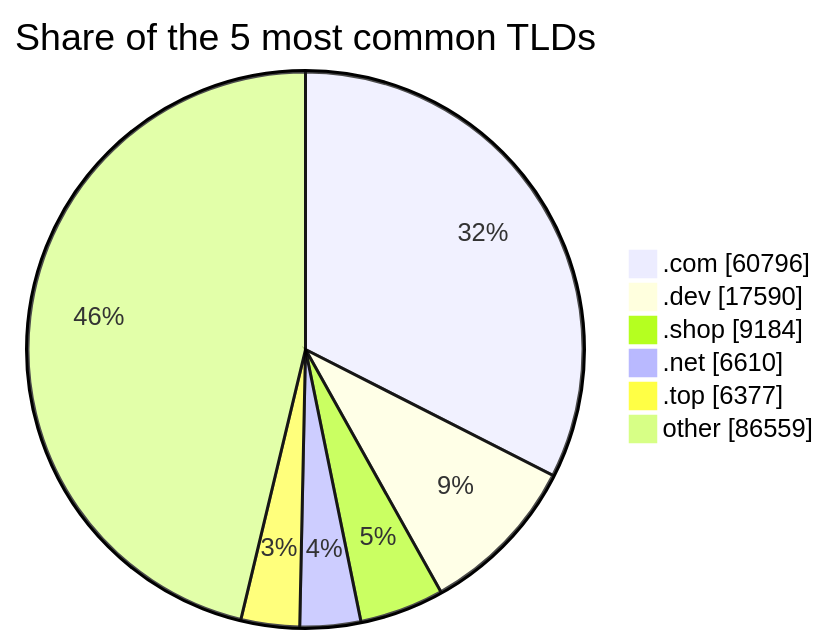
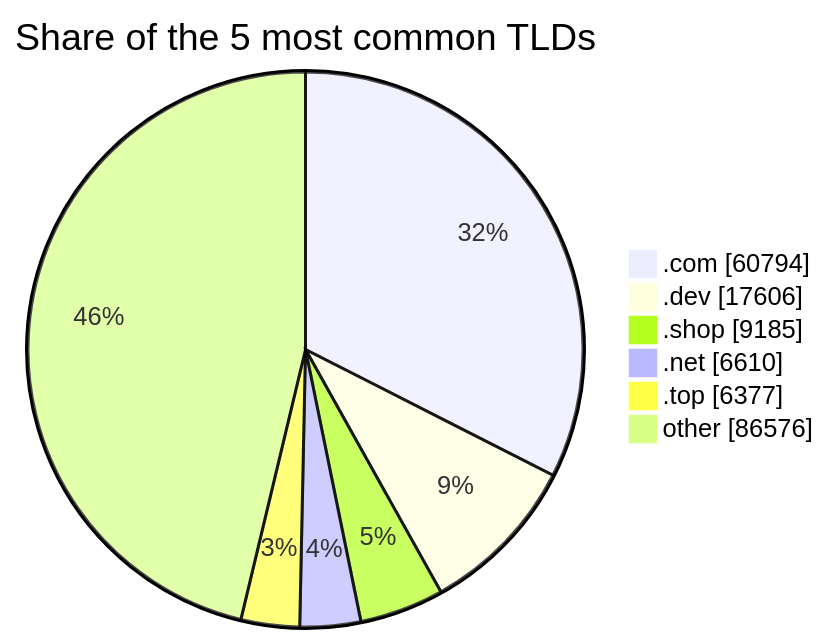
One commit to DNSBunker/CTI changed the third of 3 diagrams in README.md. Above: the diagram before and after it, drawn with Mermaid. The commit also changed other lines of this file and 3 other files, not shown here.

````diff
--- a/README.md
+++ b/README.md
@@ -81,9 +81,9 @@
 ```mermaid
 pie showData title Share of the 5 most common TLDs
-    ".com" : 60796
-    ".dev" : 17590
-    ".shop" : 9184
+    ".com" : 60794
+    ".dev" : 17606
+    ".shop" : 9185
     ".net" : 6610
     ".top" : 6377
-    "other" : 86559
+    "other" : 86576
 ```
````
